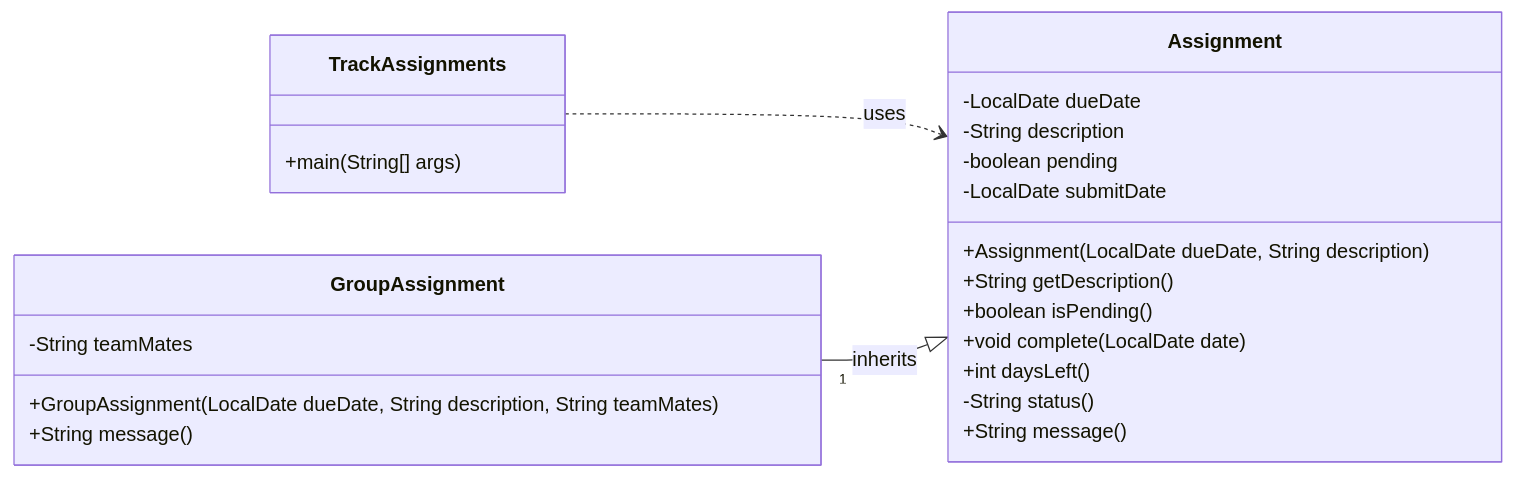
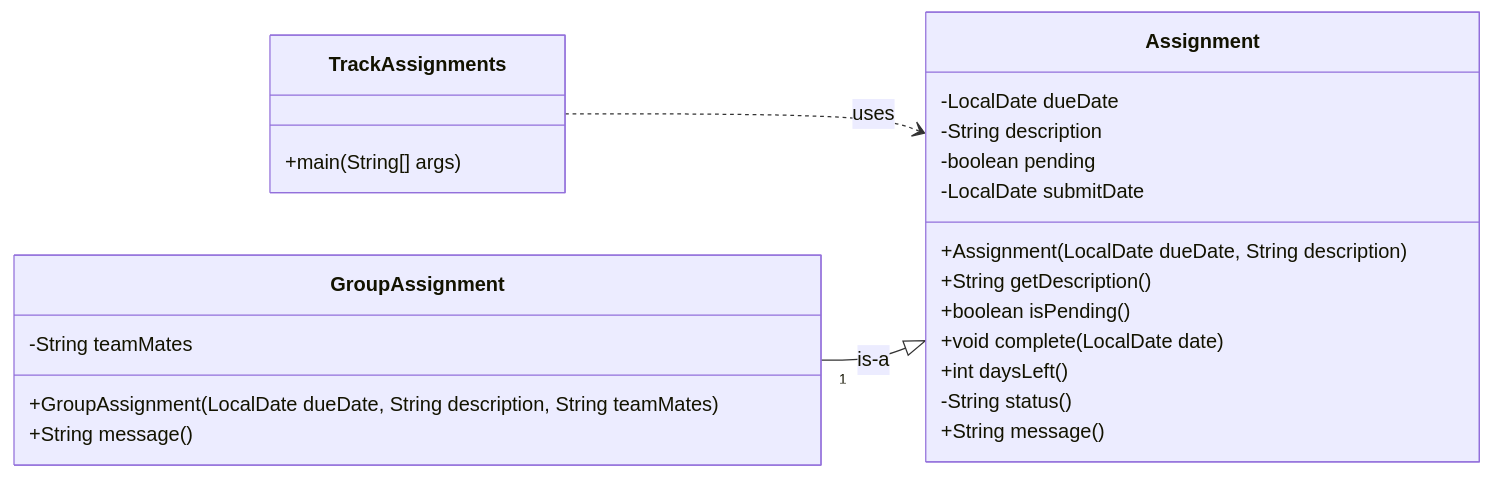
Before and after one commit to AndreaInfUFSM/elc117-2025b: the sixth of 6 diagrams in classes/22/README.md, drawn with Mermaid. The commit also changed other lines of this file and 1 other file, not shown here.

````diff
--- a/classes/22/README.md
+++ b/classes/22/README.md
@@ -1210,31 +1276,31 @@
 ``` mermaid @mermaid
 classDiagram
     direction LR
 
     class Assignment {
         -LocalDate dueDate
         -String description
         -boolean pending
         -LocalDate submitDate
         +Assignment(LocalDate dueDate, String description)
         +String getDescription()
         +boolean isPending()
         +void complete(LocalDate date)
         +int daysLeft()
         -String status()
         +String message()
     }
 
     class GroupAssignment {
         -String teamMates
         +GroupAssignment(LocalDate dueDate, String description, String teamMates)
         +String message()
     }
 
     class TrackAssignments {
         +main(String[] args)
     }
 
     TrackAssignments ..> Assignment : uses
-    GroupAssignment "1" --|> Assignment : inherits
+    GroupAssignment "1" --|> Assignment : is-a
 ```
````
